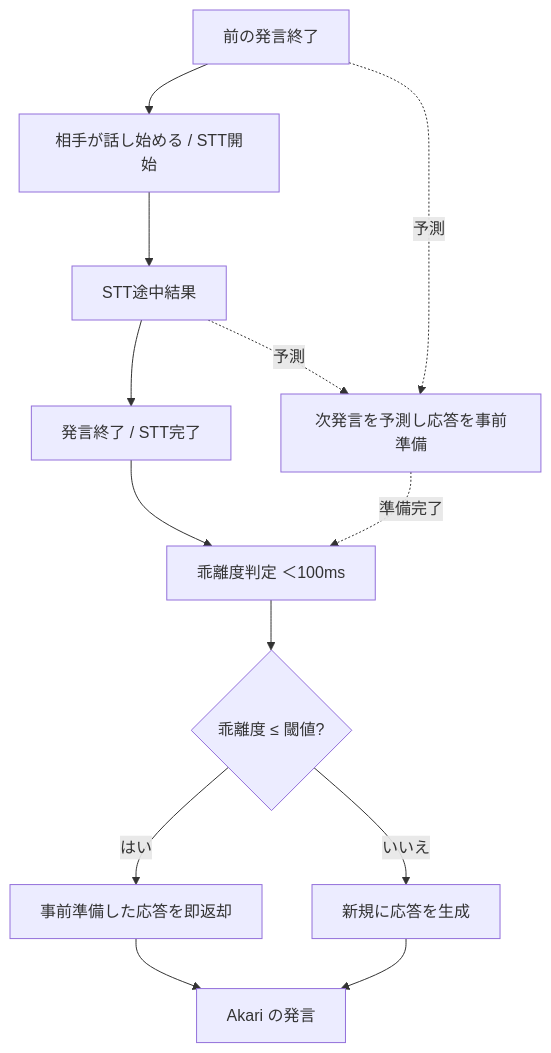
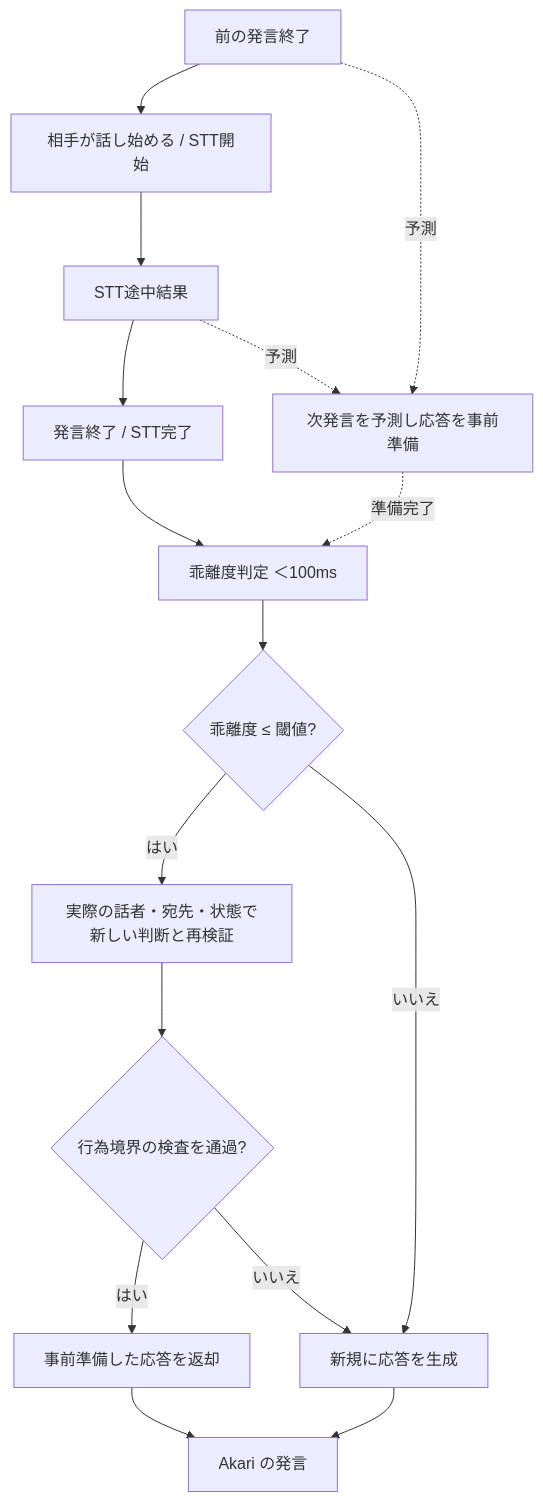
One commit to kizuna-org/akari changed the diagram in docs/08-conversation.md. Above: the diagram before and after it, drawn with Mermaid. The commit also changed other lines of this file and 8 other files, not shown here.

````diff
--- a/docs/08-conversation.md
+++ b/docs/08-conversation.md
@@ -136,15 +136,18 @@
 ```mermaid
 flowchart TD
     PrevEnd[前の発言終了] --> UserStart[相手が話し始める / STT開始]
     UserStart --> Partial[STT途中結果]
     Partial --> Complete[発言終了 / STT完了]
     Complete --> Judge[乖離度判定 ＜100ms]
     Judge --> Branch{乖離度 ≤ 閾値?}
-    Branch -->|はい| Fast[事前準備した応答を即返却]
+    Branch -->|はい| Recheck[実際の話者・宛先・状態で新しい判断と再検証]
+    Recheck --> Allowed{行為境界の検査を通過?}
+    Allowed -->|はい| Fast[事前準備した応答を返却]
+    Allowed -->|いいえ| Slow
     Branch -->|いいえ| Slow[新規に応答を生成]
     Fast --> AI[Akari の発言]
     Slow --> AI
     PrevEnd -. 予測 .-> Prep[次発言を予測し応答を事前準備]
     Partial -. 予測 .-> Prep
     Prep -. 準備完了 .-> Judge
 ```
````
